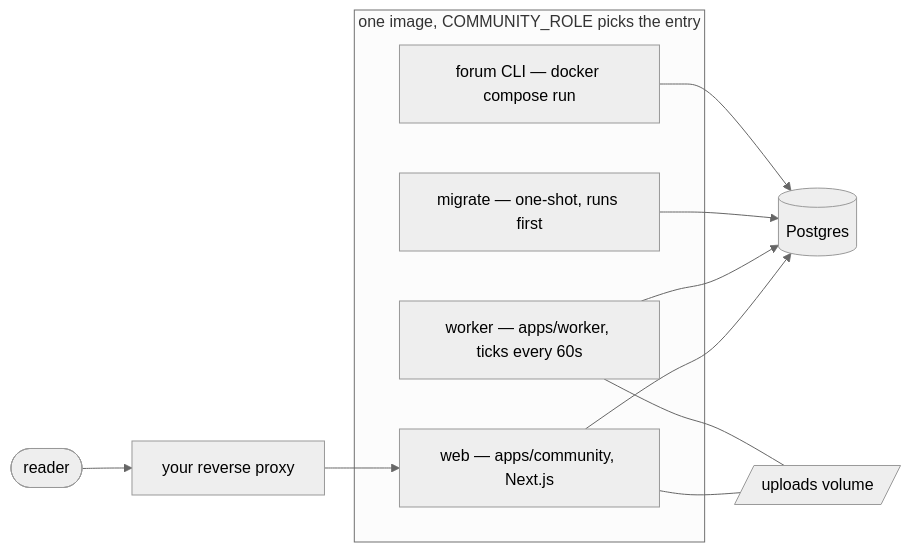
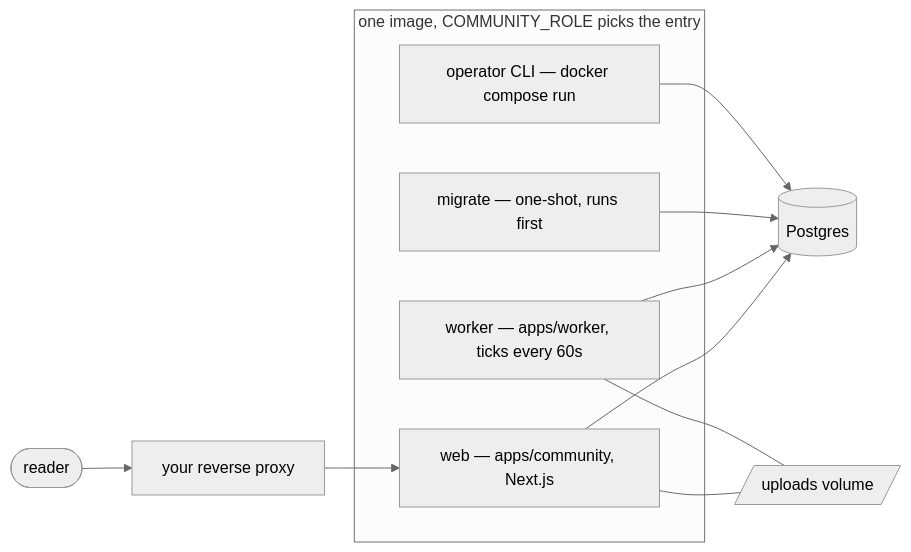
The first of 4 diagrams in docs/architecture.md (meith-dev/meith), drawn with Mermaid (neutral theme) before and after one commit. The commit also changed other lines of this file and 16 other files, not shown here.

````diff
--- a/docs/architecture.md
+++ b/docs/architecture.md
@@ -26,17 +26,17 @@
 ```mermaid
 flowchart LR
     reader([reader]) --> proxy["your reverse proxy"]
     proxy --> web
     subgraph image ["one image, COMMUNITY_ROLE picks the entry"]
         migrate["migrate — one-shot, runs first"]
         web["web — apps/community, Next.js"]
         worker["worker — apps/worker, ticks every 60s"]
-        cli["forum CLI — docker compose run"]
+        cli["operator CLI — docker compose run"]
     end
     web --> pg[("Postgres")]
     worker --> pg
     migrate --> pg
     cli --> pg
     web --- uploads[/"uploads volume"/]
     worker --- uploads
 ```
````
